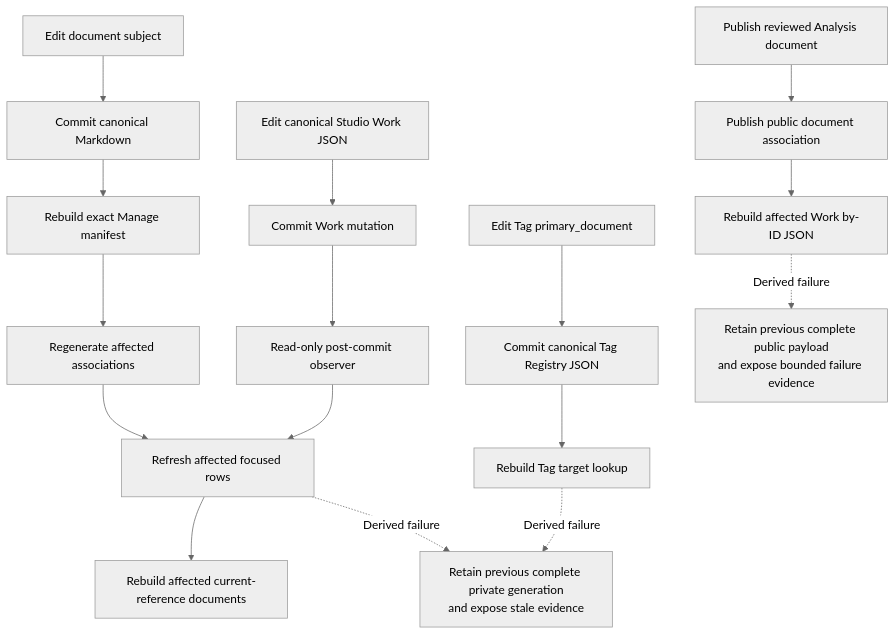
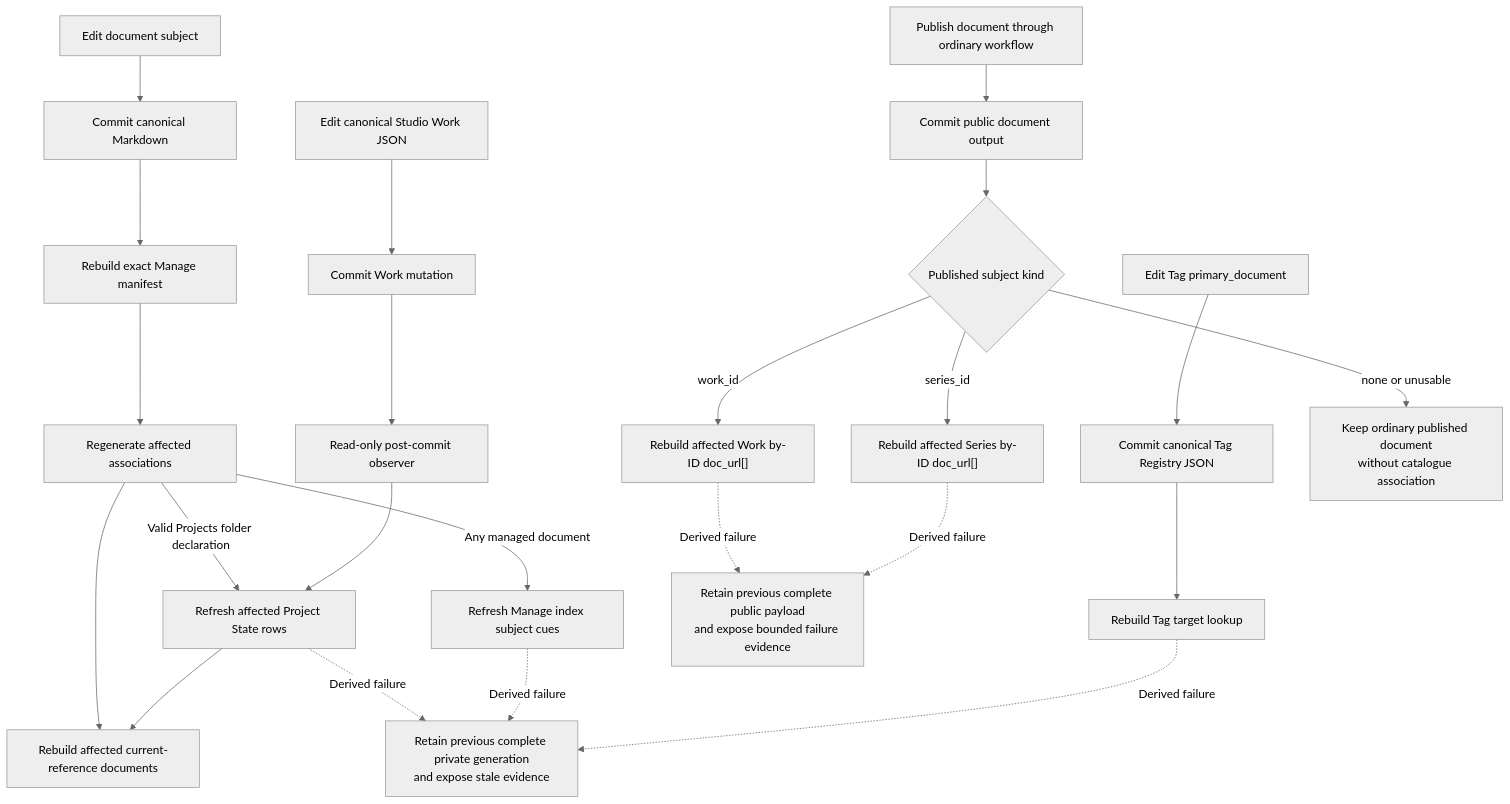
Before and after one commit to dotlineform/dotlineform-site: the second of 2 diagrams in docs-viewer/scopes/studio/source/documents/d-20260802-194358-7717ee.md, drawn with Mermaid (neutral theme). The commit also changed other lines of this file and 20 other files, not shown here.

````diff
--- a/docs-viewer/scopes/studio/source/documents/d-20260802-194358-7717ee.md
+++ b/docs-viewer/scopes/studio/source/documents/d-20260802-194358-7717ee.md
@@ -186,25 +226,32 @@
 ```mermaid
 flowchart TD
     accTitle: Sub-Scope Publishing mutation and refresh boundaries
     accDescr: Canonical document and Studio mutations commit before bounded builders refresh private or public derived products; a derived failure retains the previous complete generation.
 
     docEdit["Edit document subject"] --> docCommit["Commit canonical Markdown"]
     docCommit --> manageBuild["Rebuild exact Manage manifest"]
     manageBuild --> associationBuild["Regenerate affected associations"]
-    associationBuild --> focusedRefresh["Refresh affected focused rows"]
-    focusedRefresh --> referenceBuild["Rebuild affected current-reference documents"]
+    associationBuild -->|"Valid Projects folder declaration"| projectRefresh["Refresh affected Project State rows"]
+    associationBuild -->|"Any managed document"| indexCues["Refresh Manage index subject cues"]
+    associationBuild --> referenceBuild["Rebuild affected current-reference documents"]
+    projectRefresh --> referenceBuild
 
     workEdit["Edit canonical Studio Work JSON"] --> workCommit["Commit Work mutation"]
     workCommit --> observer["Read-only post-commit observer"]
-    observer --> focusedRefresh
+    observer --> projectRefresh
 
     tagEdit["Edit Tag primary_document"] --> tagCommit["Commit canonical Tag Registry JSON"]
     tagCommit --> tagLookup["Rebuild Tag target lookup"]
 
-    publish["Publish reviewed Analysis document"] --> publicDocs["Publish public document association"]
-    publicDocs --> workJson["Rebuild affected Work by-ID JSON"]
+    publish["Publish document through ordinary workflow"] --> publicDocs["Commit public document output"]
+    publicDocs --> subjectRoute{"Published subject kind"}
+    subjectRoute -->|"work_id"| workJson["Rebuild affected Work by-ID doc_url[]"]
+    subjectRoute -->|"series_id"| seriesJson["Rebuild affected Series by-ID doc_url[]"]
+    subjectRoute -->|"none or unusable"| ordinaryPublic["Keep ordinary published document<br/>without catalogue association"]
 
-    focusedRefresh -. "Derived failure" .-> privateStale["Retain previous complete private generation<br/>and expose stale evidence"]
+    projectRefresh -. "Derived failure" .-> privateStale["Retain previous complete private generation<br/>and expose stale evidence"]
+    indexCues -. "Derived failure" .-> privateStale
     tagLookup -. "Derived failure" .-> privateStale
     workJson -. "Derived failure" .-> publicStale["Retain previous complete public payload<br/>and expose bounded failure evidence"]
+    seriesJson -. "Derived failure" .-> publicStale
 ```
````
